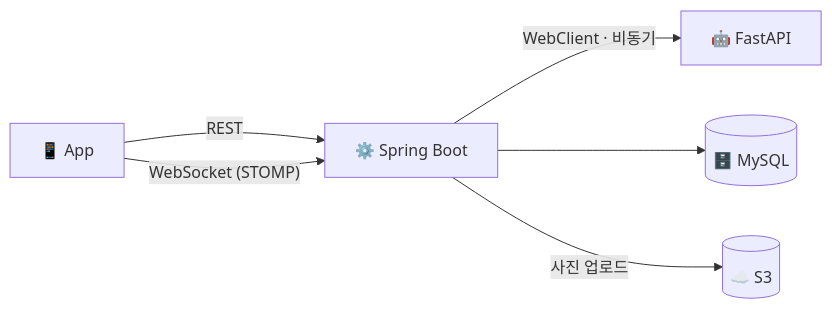
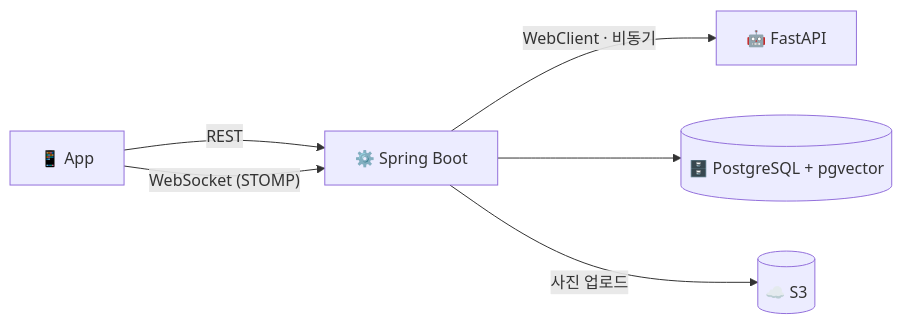
One commit to DOCKin-project/DOCKin-backend changed the first of 3 diagrams in README.md. Above: the diagram before and after it, drawn with Mermaid. The commit also changed other lines of this file and 53 other files, not shown here.

````diff
--- a/README.md
+++ b/README.md
@@ -13,14 +13,14 @@
 ```mermaid
 graph LR
     App["📱 App"]
     BE["⚙️ Spring Boot"]
     AI["🤖 FastAPI"]
-    DB[("🗄️ MySQL")]
+    DB[("🗄️ PostgreSQL + pgvector")]
     S3[("☁️ S3")]
 
     App -- "REST" --> BE
     App -- "WebSocket (STOMP)" --> BE
     BE -- "WebClient · 비동기" --> AI
     BE --> DB
     BE -- "사진 업로드" --> S3
 ```
````
